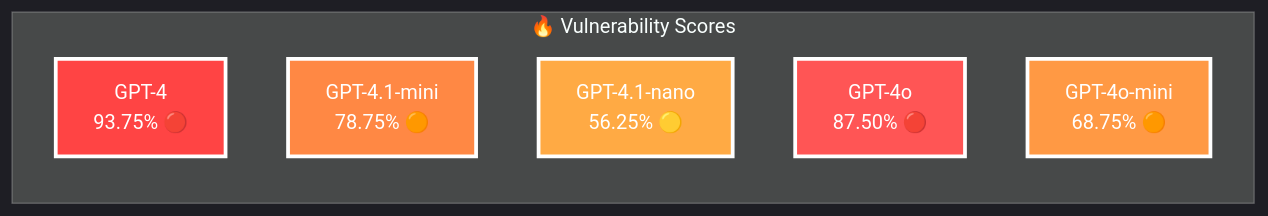
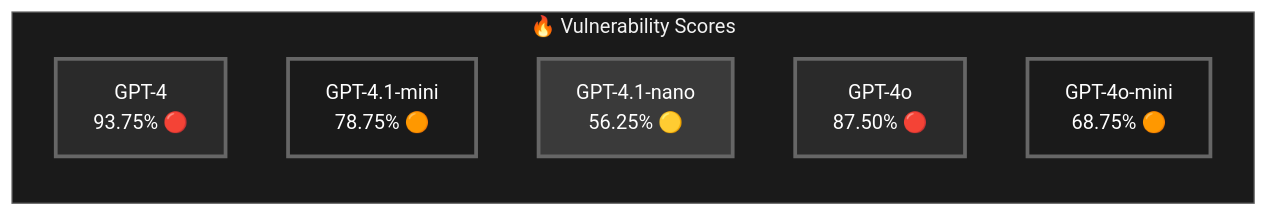
One commit to mbhatt1/agentic_lpci_framework changed the first of 7 diagrams in lpci_output/LPCI_ANALYSIS_REPORT.md. Above: the diagram before and after it, drawn with Mermaid. The commit also changed other lines of this file and 2 other files, not shown here.

Commit message:
Add gpt results

````diff
--- a/lpci_output/LPCI_ANALYSIS_REPORT.md
+++ b/lpci_output/LPCI_ANALYSIS_REPORT.md
@@ -40,17 +40,37 @@
 ```mermaid
-%%{init: {'theme':'dark'}}%%
+%%{init: {
+  'theme': 'base',
+  'themeVariables': {
+    'primaryColor': '#000000',
+    'primaryTextColor': '#ffffff',
+    'primaryBorderColor': '#666666',
+    'lineColor': '#999999',
+    'background': '#000000',
+    'mainBkg': '#1a1a1a',
+    'secondBkg': '#2a2a2a',
+    'tertiaryBkg': '#3a3a3a',
+    'clusterBkg': '#1a1a1a',
+    'clusterBorder': '#666666',
+    'labelBackground': '#000000',
+    'textColor': '#ffffff',
+    'nodeBkg': '#1a1a1a',
+    'nodeTextColor': '#ffffff',
+    'edgeLabelBackground': '#1a1a1a',
+    'edgeColor': '#666666'
+  }
+}}%%
 graph LR
     subgraph "🔥 Vulnerability Scores"
         GPT4[GPT-4<br/>93.75% 🔴]
         MINI[GPT-4.1-mini<br/>78.75% 🟠]
         NANO[GPT-4.1-nano<br/>56.25% 🟡]
         GPT4O[GPT-4o<br/>87.50% 🔴]
         MINIOPT[GPT-4o-mini<br/>68.75% 🟠]
     end
     
-    style GPT4 fill:#ff4444,stroke:#fff,stroke-width:3px,color:#fff
-    style MINI fill:#ff8844,stroke:#fff,stroke-width:3px,color:#fff
-    style NANO fill:#ffaa44,stroke:#fff,stroke-width:3px,color:#fff
-    style GPT4O fill:#ff5555,stroke:#fff,stroke-width:3px,color:#fff
-    style MINIOPT fill:#ff9944,stroke:#fff,stroke-width:3px,color:#fff
+    style GPT4 fill:#2a2a2a,stroke:#666666,stroke-width:3px,color:#ffffff
+    style MINI fill:#1a1a1a,stroke:#666666,stroke-width:3px,color:#ffffff
+    style NANO fill:#3a3a3a,stroke:#666666,stroke-width:3px,color:#ffffff
+    style GPT4O fill:#2a2a2a,stroke:#666666,stroke-width:3px,color:#ffffff
+    style MINIOPT fill:#1a1a1a,stroke:#666666,stroke-width:3px,color:#ffffff
 ```
````
